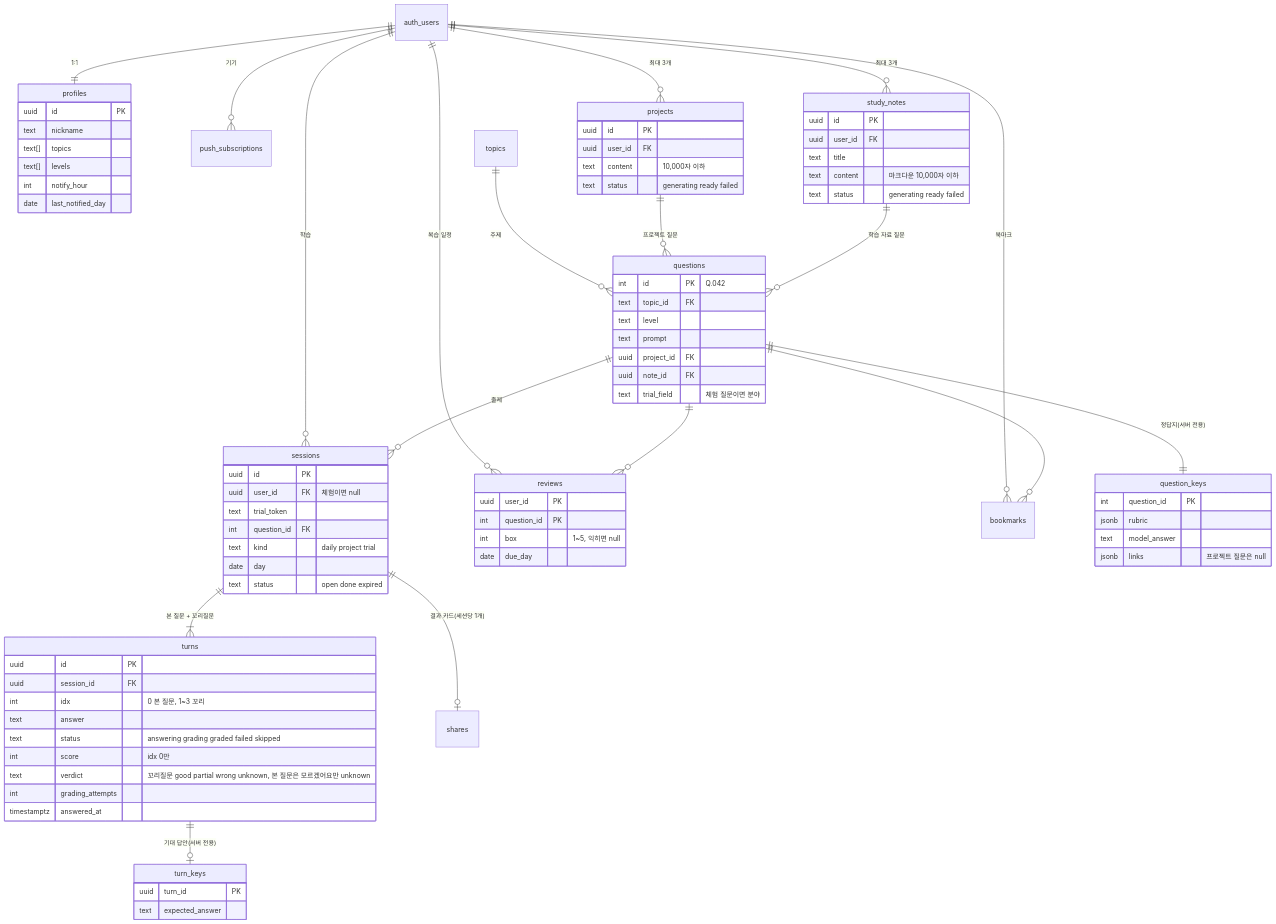
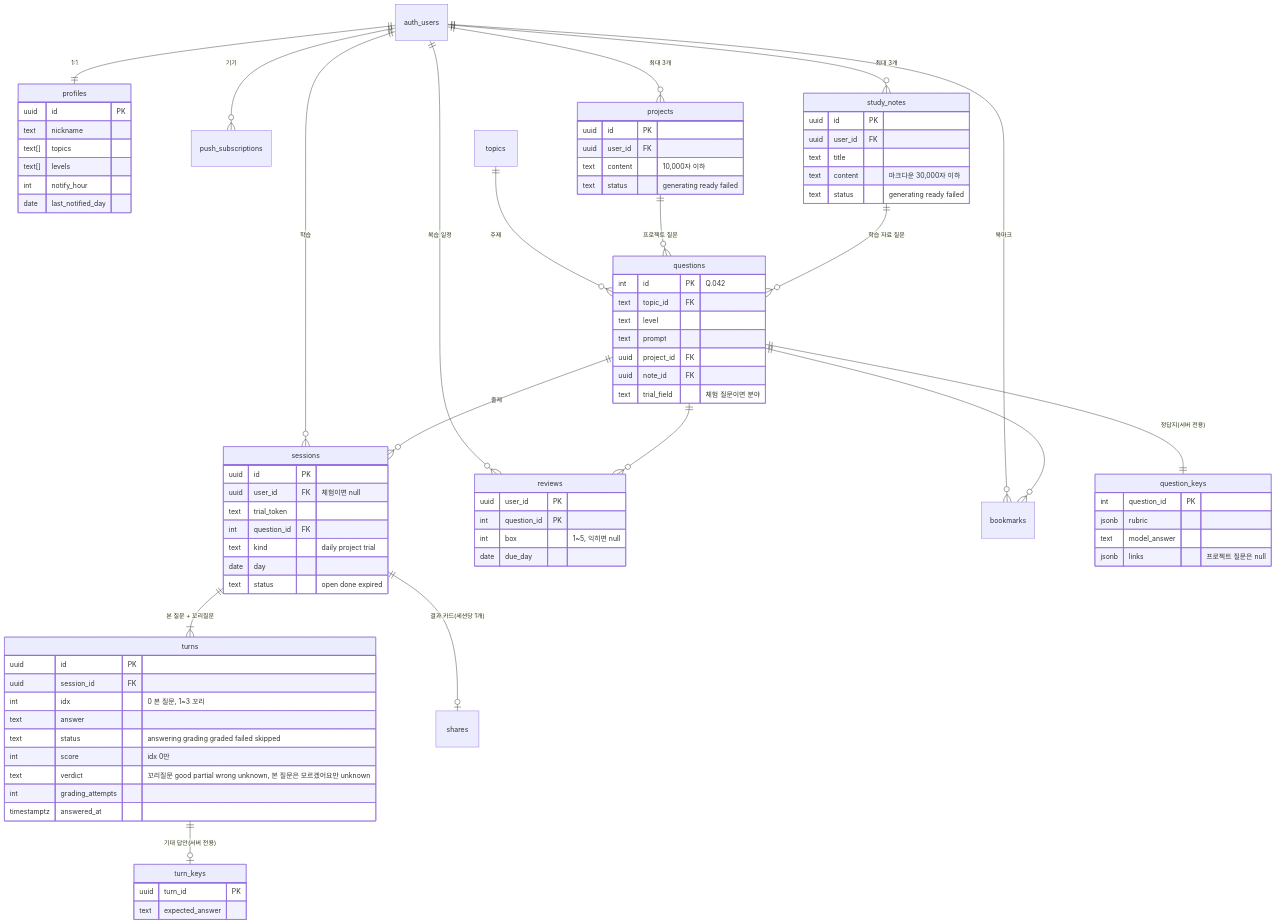
One commit to GREED-YI/tailq changed the third of 3 diagrams in docs/08-architecture.md. Above: the diagram before and after it, drawn with Mermaid. The commit also changed other lines of this file and 2 other files, not shown here.

````diff
--- a/docs/08-architecture.md
+++ b/docs/08-architecture.md
@@ -300,7 +305,7 @@
     uuid id PK
     uuid user_id FK
     text title
-    text content "마크다운 10,000자 이하"
+    text content "마크다운 30,000자 이하"
     text status "generating ready failed"
   }
 ```
````
